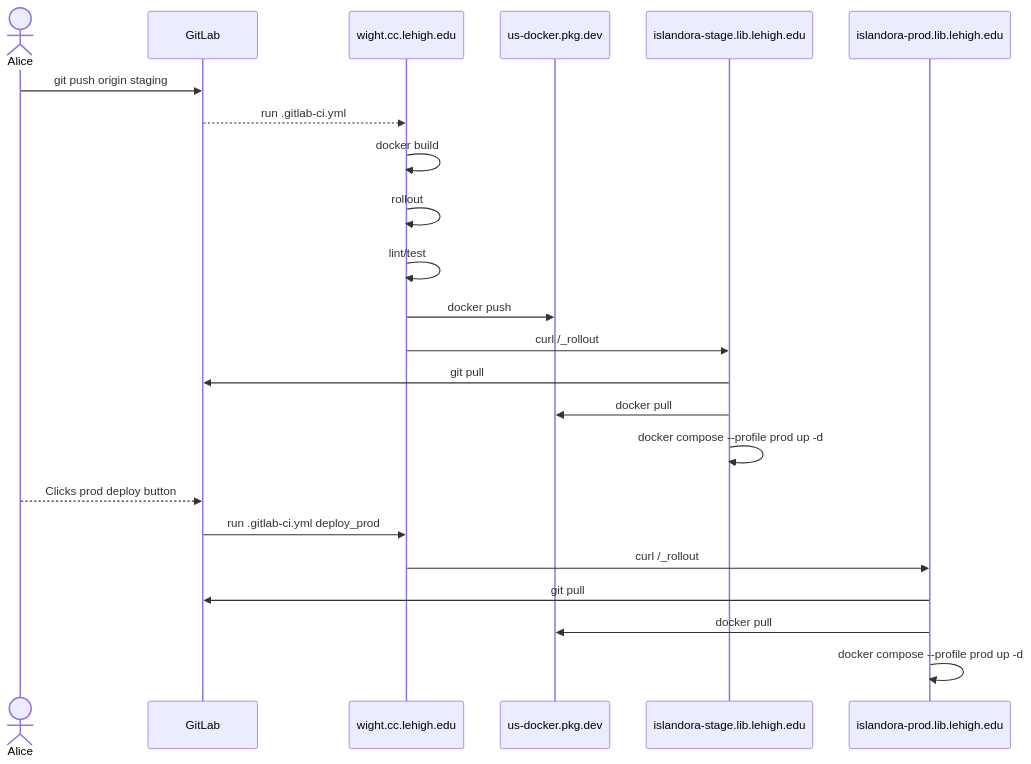
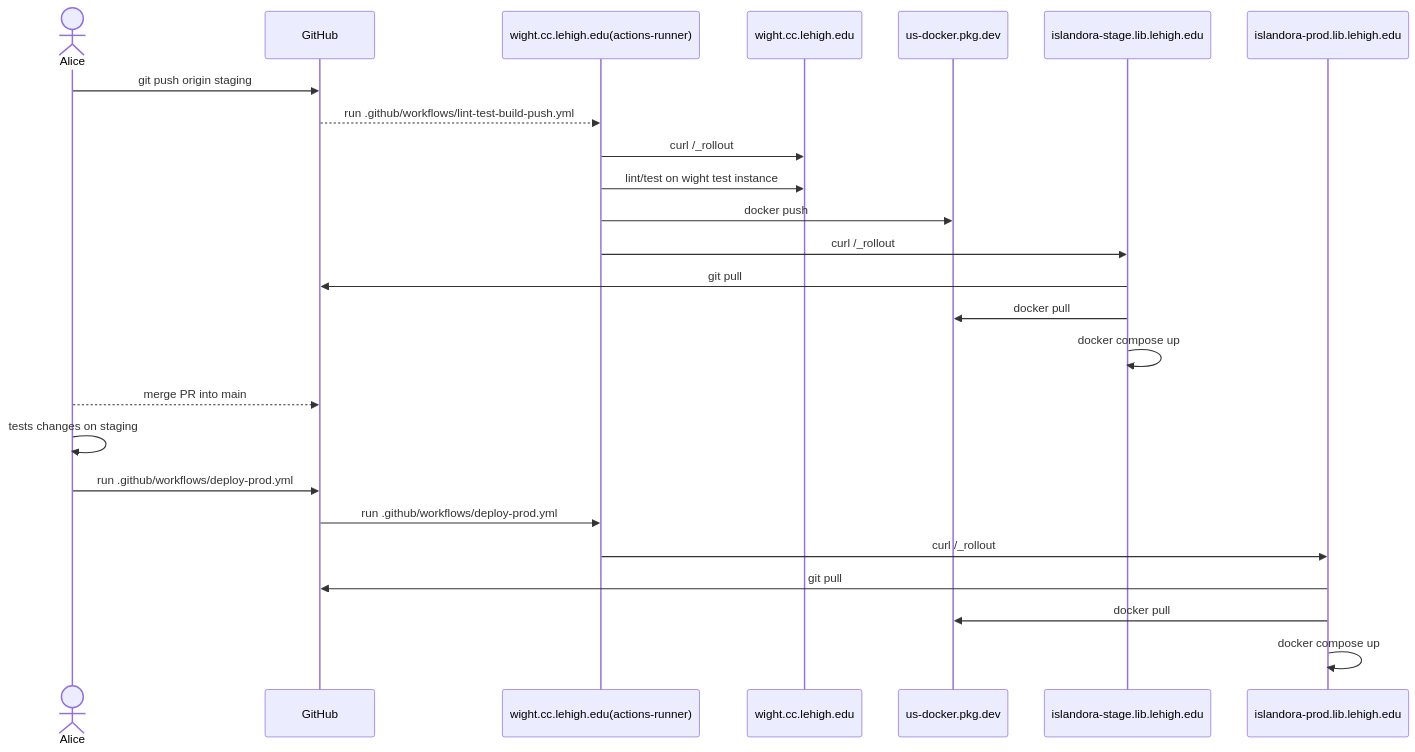
One commit to lehigh-university-libraries/isle-preserve changed the second of 2 diagrams in README.md. Above: the diagram before and after it, drawn with Mermaid. The commit also changed other lines of this file and 20 other files, not shown here.

Commit message:
Move CI from on-prem GitLab to GitHub Actions (#5)

````diff
--- a/README.md
+++ b/README.md
@@ -197,20 +213,21 @@
 ```mermaid
 sequenceDiagram
     actor Alice
-    Alice->>GitLab: git push origin staging
-    GitLab-->>wight.cc.lehigh.edu: run .gitlab-ci.yml
-    wight.cc.lehigh.edu->>wight.cc.lehigh.edu: docker build
-    wight.cc.lehigh.edu->>wight.cc.lehigh.edu: rollout
-    wight.cc.lehigh.edu->>wight.cc.lehigh.edu: lint/test
-    wight.cc.lehigh.edu->>us-docker.pkg.dev: docker push
-    wight.cc.lehigh.edu->>islandora-stage.lib.lehigh.edu: curl /_rollout
-    islandora-stage.lib.lehigh.edu->>GitLab: git pull
+    Alice->>GitHub: git push origin staging
+    GitHub-->>wight.cc.lehigh.edu(actions-runner): run .github/workflows/lint-test-build-push.yml
+    wight.cc.lehigh.edu(actions-runner)->>wight.cc.lehigh.edu: curl /_rollout
+    wight.cc.lehigh.edu(actions-runner)->>wight.cc.lehigh.edu: lint/test on wight test instance
+    wight.cc.lehigh.edu(actions-runner)->>us-docker.pkg.dev: docker push
+    wight.cc.lehigh.edu(actions-runner)->>islandora-stage.lib.lehigh.edu: curl /_rollout
+    islandora-stage.lib.lehigh.edu->>GitHub: git pull
     islandora-stage.lib.lehigh.edu->>us-docker.pkg.dev: docker pull
-    islandora-stage.lib.lehigh.edu->>islandora-stage.lib.lehigh.edu: docker compose --profile prod up -d
-    Alice-->>GitLab: Clicks prod deploy button
-    GitLab->>wight.cc.lehigh.edu: run .gitlab-ci.yml deploy_prod
-    wight.cc.lehigh.edu->>islandora-prod.lib.lehigh.edu: curl /_rollout
-    islandora-prod.lib.lehigh.edu->>GitLab: git pull
+    islandora-stage.lib.lehigh.edu->>islandora-stage.lib.lehigh.edu: docker compose up
+    Alice-->>GitHub: merge PR into main
+    Alice->>Alice: tests changes on staging
+    Alice->>GitHub: run .github/workflows/deploy-prod.yml
+    GitHub->>wight.cc.lehigh.edu(actions-runner): run .github/workflows/deploy-prod.yml
+    wight.cc.lehigh.edu(actions-runner)->>islandora-prod.lib.lehigh.edu: curl /_rollout
+    islandora-prod.lib.lehigh.edu->>GitHub: git pull
     islandora-prod.lib.lehigh.edu->>us-docker.pkg.dev: docker pull
-    islandora-prod.lib.lehigh.edu->>islandora-prod.lib.lehigh.edu: docker compose --profile prod up -d
+    islandora-prod.lib.lehigh.edu->>islandora-prod.lib.lehigh.edu: docker compose up
 ```
````
